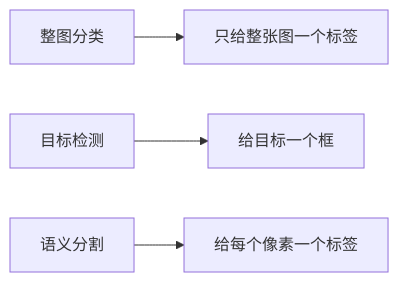
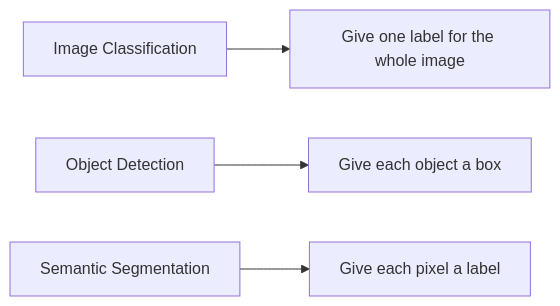
The diagram in docs/ch10-computer-vision/ch04-segmentation/01-semantic-segmentation.md (oudbiao/AI-fullstack-course), drawn with Mermaid before and after one commit. The commit also changed other lines of this file and 1406 other files, not shown here.

````diff
--- a/docs/ch10-computer-vision/ch04-segmentation/01-semantic-segmentation.md
+++ b/docs/ch10-computer-vision/ch04-segmentation/01-semantic-segmentation.md
@@ -53,6 +53,6 @@
 ```mermaid
 flowchart LR
-    A["整图分类"] --> B["只给整张图一个标签"]
-    A2["目标检测"] --> B2["给目标一个框"]
-    A3["语义分割"] --> B3["给每个像素一个标签"]
+    A["Image Classification"] --> B["Give one label for the whole image"]
+    A2["Object Detection"] --> B2["Give each object a box"]
+    A3["Semantic Segmentation"] --> B3["Give each pixel a label"]
 ```
````
